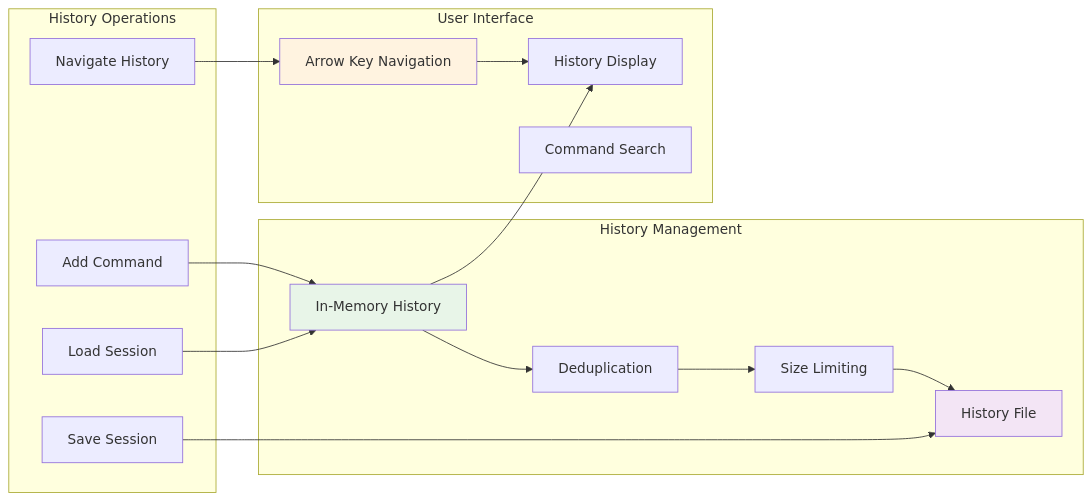
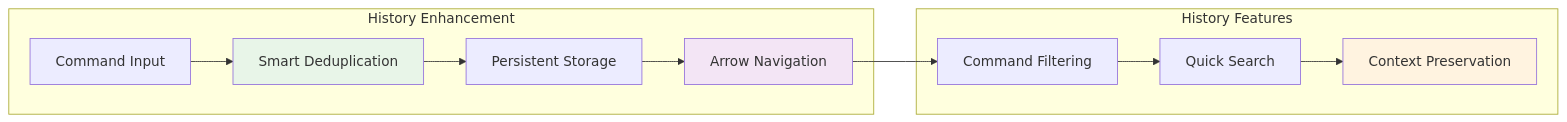
Before and after one commit to sbeeredd04/auto-git: the fifth of 6 diagrams in gitcue/src/terminal/README.md, drawn with Mermaid. The commit also changed other lines of this file and 1 other file, not shown here.

````diff
--- a/gitcue/src/terminal/README.md
+++ b/gitcue/src/terminal/README.md
@@ -311,38 +373,27 @@
 ```mermaid
 graph LR
-    subgraph "History Management"
-        MEMORY[In-Memory History]
-        FILE[History File]
-        DEDUP[Deduplication]
-        LIMIT[Size Limiting]
+    subgraph "History Enhancement"
+        INPUT[Command Input]
+        DEDUP[Smart Deduplication]
+        PERSIST[Persistent Storage]
+        NAVIGATE[Arrow Navigation]
     end
     
-    subgraph "History Operations"
-        ADD[Add Command]
-        NAVIGATE[Navigate History]
-        LOAD[Load Session]
-        SAVE[Save Session]
+    subgraph "History Features"
+        FILTER[Command Filtering]
+        SEARCH[Quick Search]
+        CONTEXT[Context Preservation]
     end
     
-    subgraph "User Interface"
-        ARROWS[Arrow Key Navigation]
-        DISPLAY[History Display]
-        SEARCH[Command Search]
-    end
+    INPUT --> DEDUP
+    DEDUP --> PERSIST
+    PERSIST --> NAVIGATE
     
-    ADD --> MEMORY
-    MEMORY --> DEDUP
-    DEDUP --> LIMIT
-    LIMIT --> FILE
+    NAVIGATE --> FILTER
+    FILTER --> SEARCH
+    SEARCH --> CONTEXT
     
-    NAVIGATE --> ARROWS
-    LOAD --> MEMORY
-    SAVE --> FILE
-    
-    ARROWS --> DISPLAY
-    MEMORY --> DISPLAY
-    
-    style MEMORY fill:#e8f5e8
-    style FILE fill:#f3e5f5
-    style ARROWS fill:#fff3e0
+    style DEDUP fill:#e8f5e8
+    style NAVIGATE fill:#f3e5f5
+    style CONTEXT fill:#fff3e0
 ```
````
